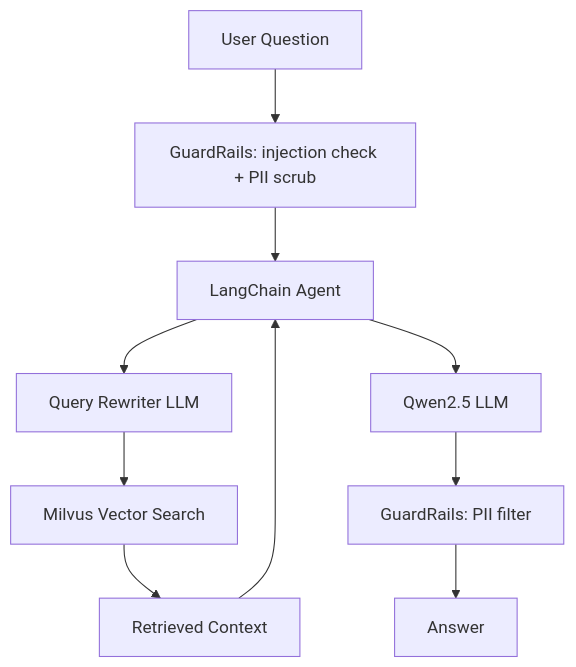
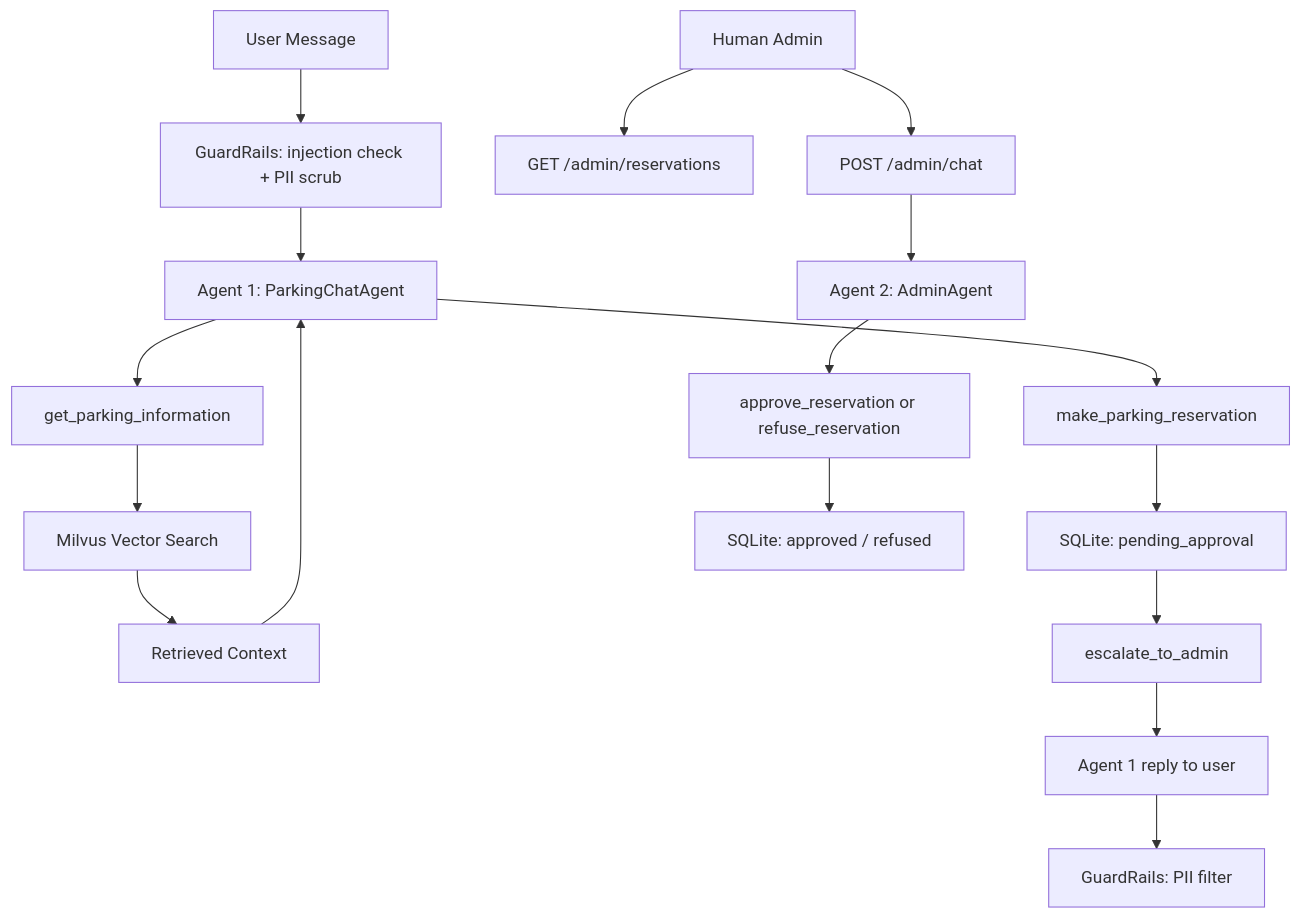
The diagram in README.md (AdnanSevincDS/parking-agent-system), drawn with Mermaid before and after one commit. The commit also changed other lines of this file, not shown here.

````diff
--- a/README.md
+++ b/README.md
@@ -151,12 +197,20 @@
 ```mermaid
 graph TD
-    A[User Question] --> B[GuardRails: injection check + PII scrub]
-    B --> C[LangChain Agent]
-    C --> D[Query Rewriter LLM]
+    A[User Message] --> B[GuardRails: injection check + PII scrub]
+    B --> C[Agent 1: ParkingChatAgent]
+    C --> D[get_parking_information]
     D --> E[Milvus Vector Search]
     E --> F[Retrieved Context]
     F --> C
-    C --> G[Qwen2.5 LLM]
-    G --> H[GuardRails: PII filter]
-    H --> I[Answer]
+    C --> G[make_parking_reservation]
+    G --> H[SQLite: pending_approval]
+    H --> I[escalate_to_admin]
+    I --> J[Agent 1 reply to user]
+    J --> K[GuardRails: PII filter]
+
+    L[Human Admin] --> M[GET /admin/reservations]
+    L --> N[POST /admin/chat]
+    N --> O[Agent 2: AdminAgent]
+    O --> P[approve_reservation or refuse_reservation]
+    P --> Q[SQLite: approved / refused]
 ```
````
